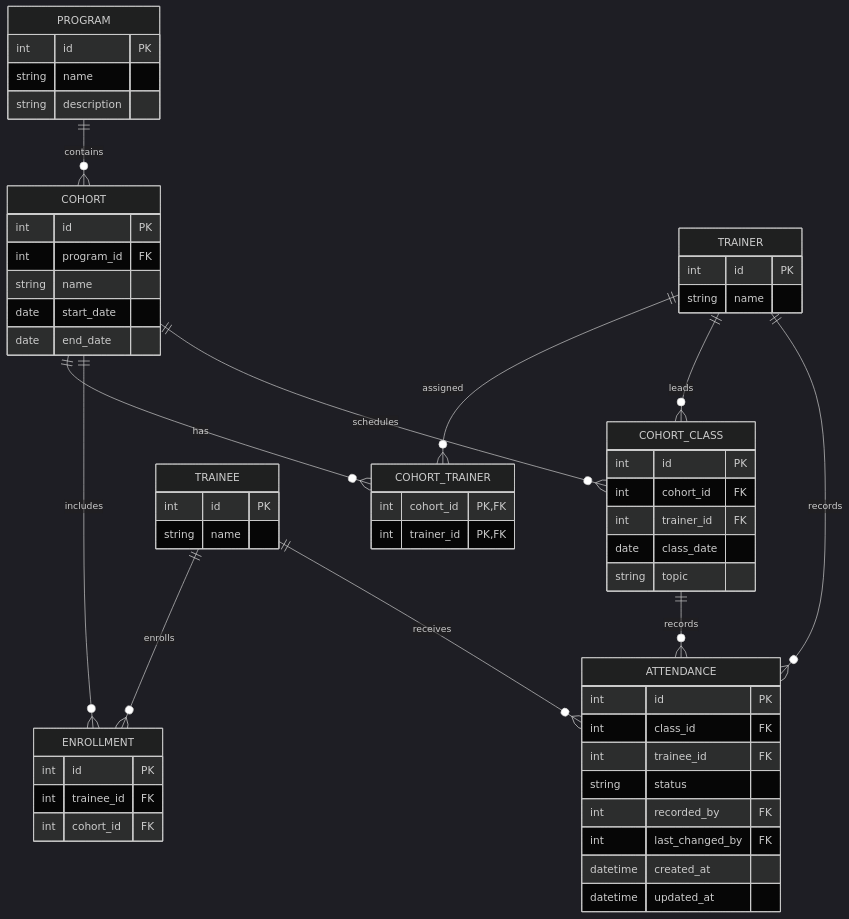
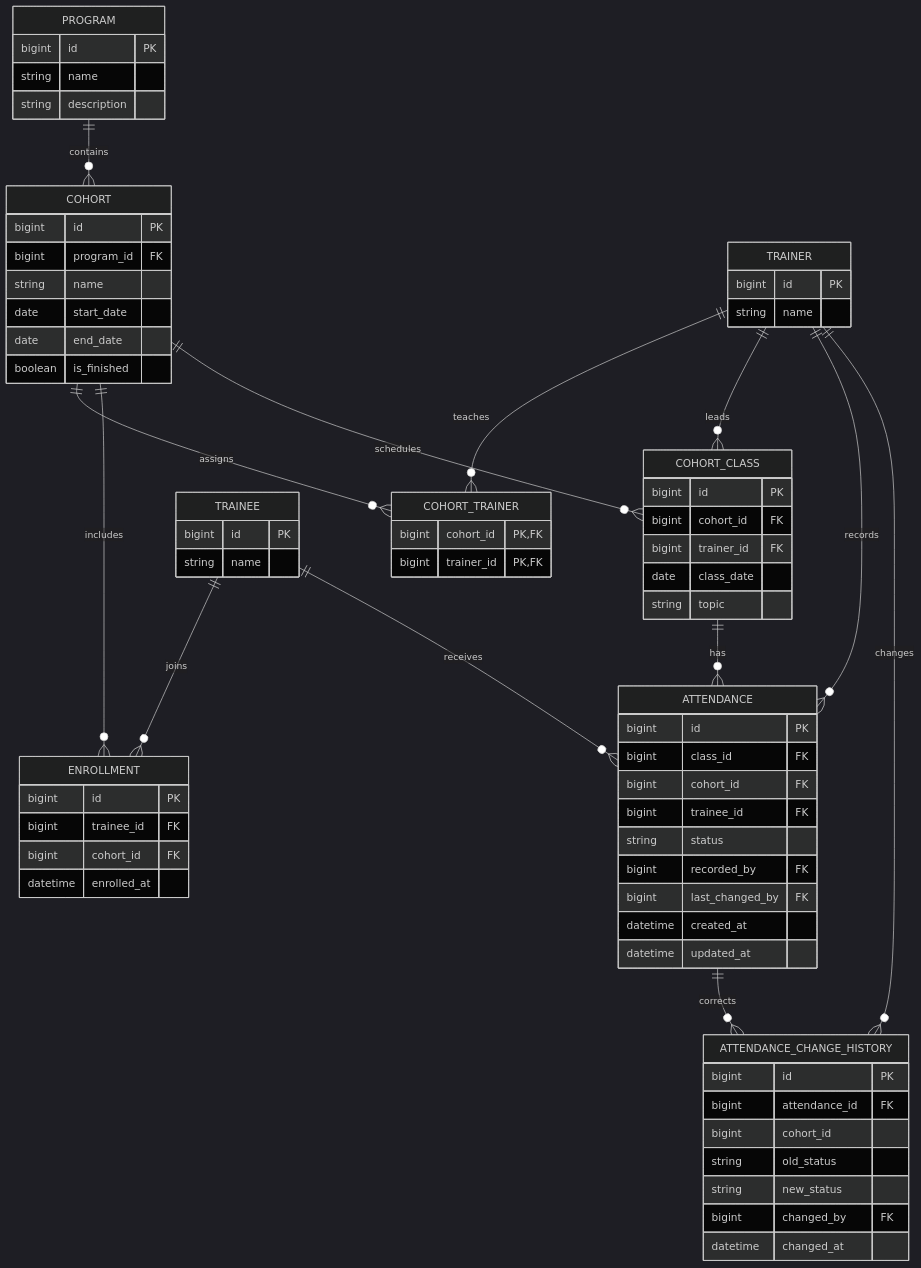
One commit to JOELEVIC/ispark-classroom-attendance changed the diagram in DESIGN.md. Above: the diagram before and after it, drawn with Mermaid (dark theme). The commit also changed other lines of this file and 1 other file, not shown here.

Commit message:
feat: enhance seed script with trainee ID tracking and attendance logic

````diff
--- a/DESIGN.md
+++ b/DESIGN.md
@@ -18,67 +20,74 @@
 ```mermaid
 erDiagram
     PROGRAM ||--o{ COHORT : contains
-    COHORT ||--o{ COHORT_TRAINER : has
-    TRAINER ||--o{ COHORT_TRAINER : assigned
+    COHORT ||--o{ COHORT_TRAINER : assigns
+    TRAINER ||--o{ COHORT_TRAINER : teaches
     COHORT ||--o{ ENROLLMENT : includes
-    TRAINEE ||--o{ ENROLLMENT : enrolls
+    TRAINEE ||--o{ ENROLLMENT : joins
     COHORT ||--o{ COHORT_CLASS : schedules
     TRAINER ||--o{ COHORT_CLASS : leads
-    COHORT_CLASS ||--o{ ATTENDANCE : records
+    COHORT_CLASS ||--o{ ATTENDANCE : has
     TRAINEE ||--o{ ATTENDANCE : receives
     TRAINER ||--o{ ATTENDANCE : records
+    ATTENDANCE ||--o{ ATTENDANCE_CHANGE_HISTORY : corrects
+    TRAINER ||--o{ ATTENDANCE_CHANGE_HISTORY : changes
 
     PROGRAM {
-        int id PK
+        bigint id PK
         string name
         string description
     }
-
     COHORT {
-        int id PK
-        int program_id FK
+        bigint id PK
+        bigint program_id FK
         string name
         date start_date
         date end_date
+        boolean is_finished
     }
-
     TRAINER {
-        int id PK
+        bigint id PK
         string name
     }
-
+    COHORT_TRAINER {
+        bigint cohort_id PK, FK
+        bigint trainer_id PK, FK
+    }
     TRAINEE {
-        int id PK
+        bigint id PK
         string name
     }
-
-    COHORT_TRAINER {
-        int cohort_id PK, FK
-        int trainer_id PK, FK
+    ENROLLMENT {
+        bigint id PK
+        bigint trainee_id FK
+        bigint cohort_id FK
+        datetime enrolled_at
     }
-
-    ENROLLMENT {
-        int id PK
-        int trainee_id FK
-        int cohort_id FK
-    }
-
     COHORT_CLASS {
-        int id PK
-        int cohort_id FK
-        int trainer_id FK
+        bigint id PK
+        bigint cohort_id FK
+        bigint trainer_id FK
         date class_date
         string topic
     }
-
     ATTENDANCE {
-        int id PK
-        int class_id FK
-        int trainee_id FK
+        bigint id PK
+        bigint class_id FK
+        bigint cohort_id FK
+        bigint trainee_id FK
         string status
-        int recorded_by FK
-        int last_changed_by FK
+        bigint recorded_by FK
+        bigint last_changed_by FK
         datetime created_at
         datetime updated_at
     }
+    ATTENDANCE_CHANGE_HISTORY {
+        bigint id PK
+        bigint attendance_id FK
+        bigint cohort_id
+        string old_status
+        string new_status
+        bigint changed_by FK
+        datetime changed_at
+    }
 ```
````
